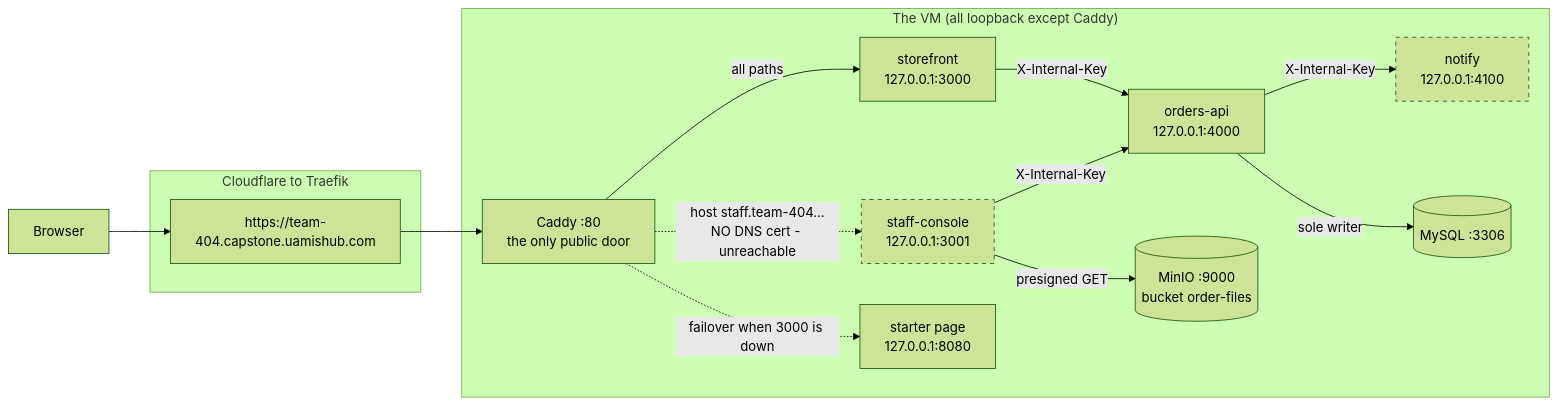
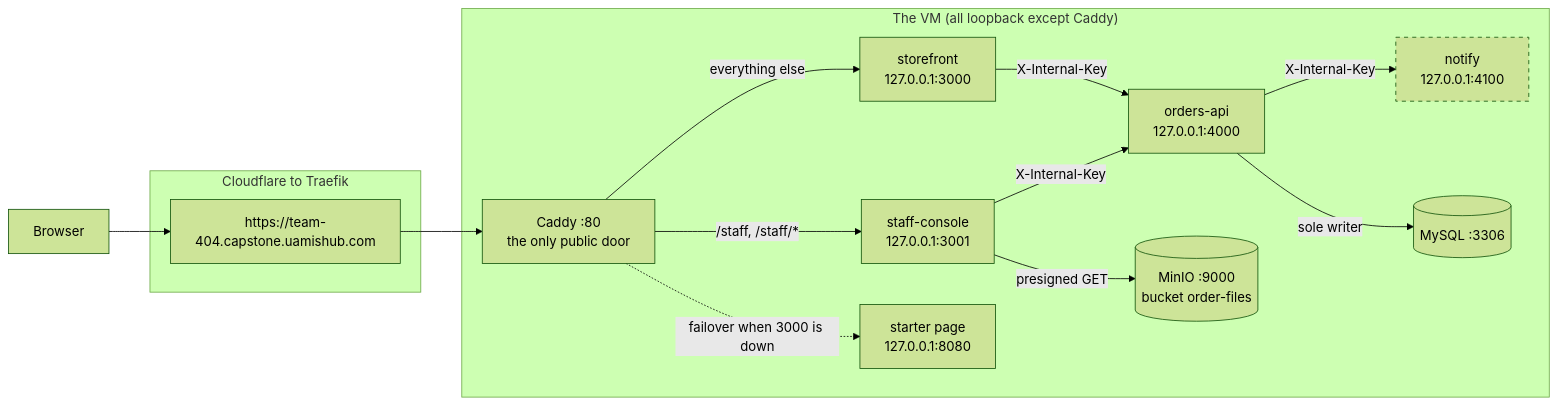
The first of 6 diagrams in docs/architecture.md (ak-spears/team-404), drawn with Mermaid (forest theme) before and after one commit. The commit also changed other lines of this file and 17 other files, not shown here.

````diff
--- a/docs/architecture.md
+++ b/docs/architecture.md
@@ -20,33 +20,32 @@
 ```mermaid
 flowchart LR
     browser["Browser"]
 
     subgraph edge["Cloudflare to Traefik"]
         ingress["https://team-404.capstone.uamishub.com"]
     end
 
     subgraph vm["The VM (all loopback except Caddy)"]
         caddy["Caddy :80<br/>the only public door"]
         sf["storefront<br/>127.0.0.1:3000"]
         sc["staff-console<br/>127.0.0.1:3001"]
         api["orders-api<br/>127.0.0.1:4000"]
         notify["notify<br/>127.0.0.1:4100"]
         mysql[("MySQL :3306")]
         minio[("MinIO :9000<br/>bucket order-files")]
         starter["starter page<br/>127.0.0.1:8080"]
     end
 
     browser --> ingress --> caddy
-    caddy -->|"all paths"| sf
+    caddy -->|"/staff, /staff/*"| sc
+    caddy -->|"everything else"| sf
     caddy -.->|"failover when 3000 is down"| starter
-    caddy -.->|"host staff.team-404...<br/>NO DNS cert - unreachable"| sc
 
     sf -->|"X-Internal-Key"| api
     sc -->|"X-Internal-Key"| api
     api -->|"sole writer"| mysql
     api -->|"X-Internal-Key"| notify
     sc -->|"presigned GET"| minio
 
-    style sc stroke-dasharray: 5 5
     style notify stroke-dasharray: 5 5
 ```
````
